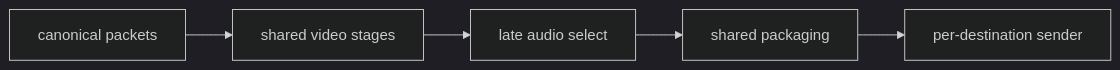
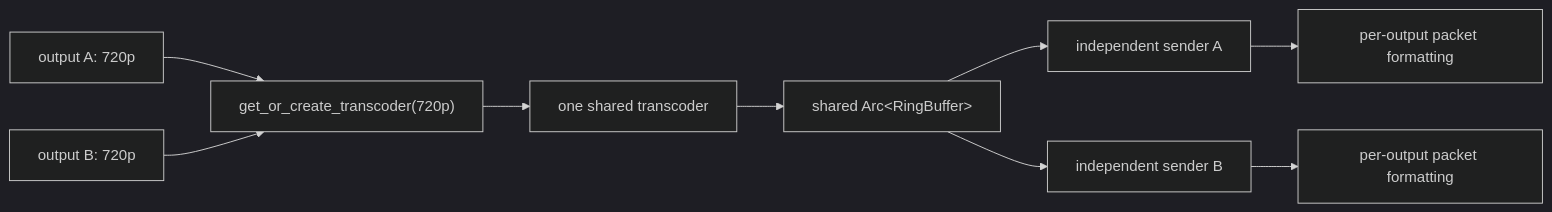
Before and after one commit to krsna1729/restream: the fourth of 4 diagrams in docs/media-pipeline.md, drawn with Mermaid (dark theme). The commit also changed other lines of this file and 58 other files, not shown here.

````diff
--- a/docs/media-pipeline.md
+++ b/docs/media-pipeline.md
@@ -646,10 +295,11 @@
 ```mermaid
 flowchart LR
-  CANON["canonical packets"]
-  VIDEO["shared video stages"]
-  AUDIO["late audio select"]
-  PACK["shared packaging"]
-  SEND["per-destination sender"]
-
-  CANON --> VIDEO --> AUDIO --> PACK --> SEND
+    A["output A: 720p"] --> Lookup["get_or_create_transcoder(720p)"]
+    B["output B: 720p"] --> Lookup
+    Lookup --> Stage["one shared transcoder"]
+    Stage --> Ring["shared Arc&lt;RingBuffer&gt;"]
+    Ring --> SenderA["independent sender A"]
+    Ring --> SenderB["independent sender B"]
+    SenderA --> FormatA["per-output packet formatting"]
+    SenderB --> FormatB["per-output packet formatting"]
 ```
````
